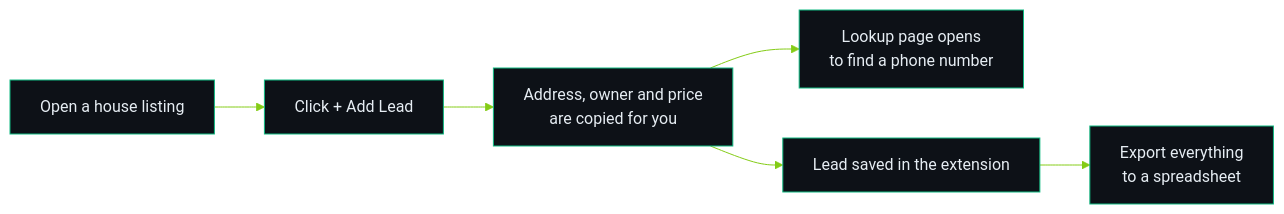
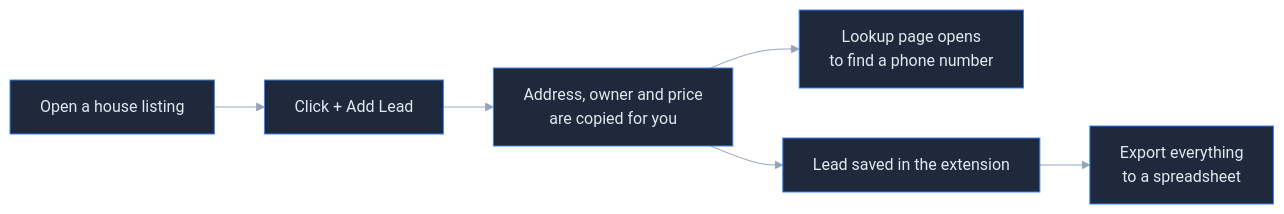
One commit to F0rger123/lead-scraper-extension changed the first of 2 diagrams in README.md. Above: the diagram before and after it, drawn with Mermaid. The commit also changed other lines of this file and 3 other files, not shown here.

````diff
--- a/README.md
+++ b/README.md
@@ -36,9 +43,9 @@
 ```mermaid
-%%{init: {'theme':'base','themeVariables':{'primaryColor':'#0d1117','primaryTextColor':'#e6edf3','primaryBorderColor':'#10b981','lineColor':'#84cc16','secondaryColor':'#161b22','tertiaryColor':'#0d1117','clusterBkg':'transparent','clusterBorder':'#10b981','noteBkgColor':'#161b22','noteTextColor':'#e6edf3','actorBkg':'#0d1117','actorTextColor':'#e6edf3','actorBorder':'#10b981','signalColor':'#84cc16','signalTextColor':'#84cc16','labelBoxBkgColor':'#0d1117','fontFamily':'inherit'}}}%%
+%%{init: {'theme':'base','themeVariables':{'primaryColor':'#1e293b','primaryTextColor':'#e2e8f0','primaryBorderColor':'#3b82f6','lineColor':'#94a3b8','secondaryColor':'#0f172a','tertiaryColor':'#334155','clusterBkg':'transparent','clusterBorder':'#3b82f6','noteBkgColor':'#0f172a','noteTextColor':'#e2e8f0','actorBkg':'#1e293b','actorTextColor':'#e2e8f0','actorBorder':'#3b82f6','signalColor':'#94a3b8','signalTextColor':'#94a3b8','labelBoxBkgColor':'#1e293b','fontFamily':'inherit'}}}%%
 flowchart LR
     A["Open a house listing"] --> B["Click + Add Lead"]
     B --> C["Address, owner and price<br/>are copied for you"]
     C --> D["Lookup page opens<br/>to find a phone number"]
     C --> E["Lead saved in the extension"]
     E --> F["Export everything<br/>to a spreadsheet"]
 ```
````
